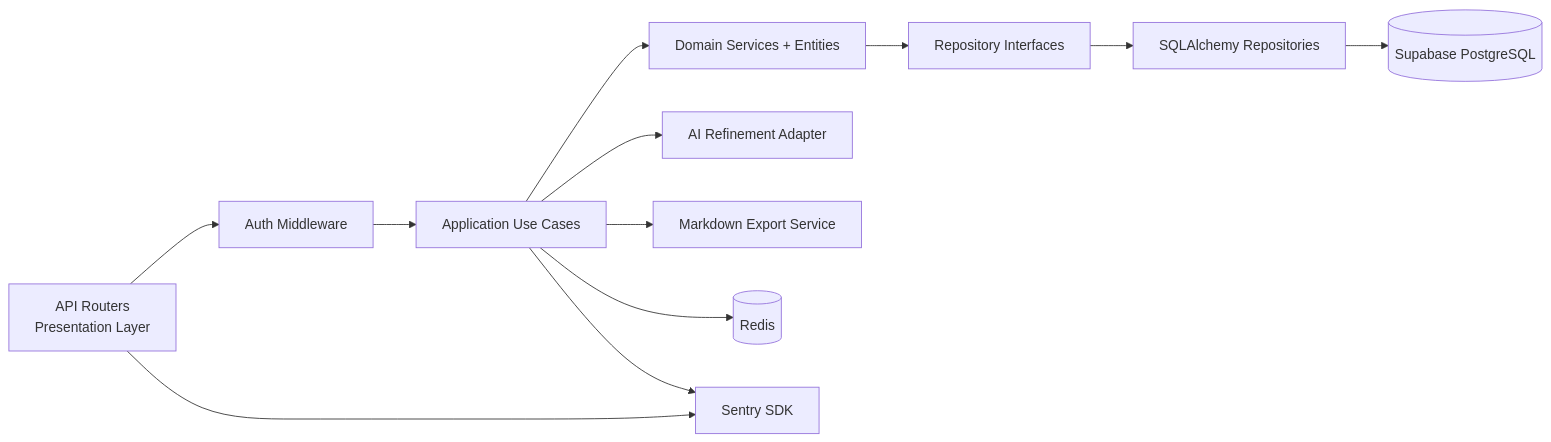
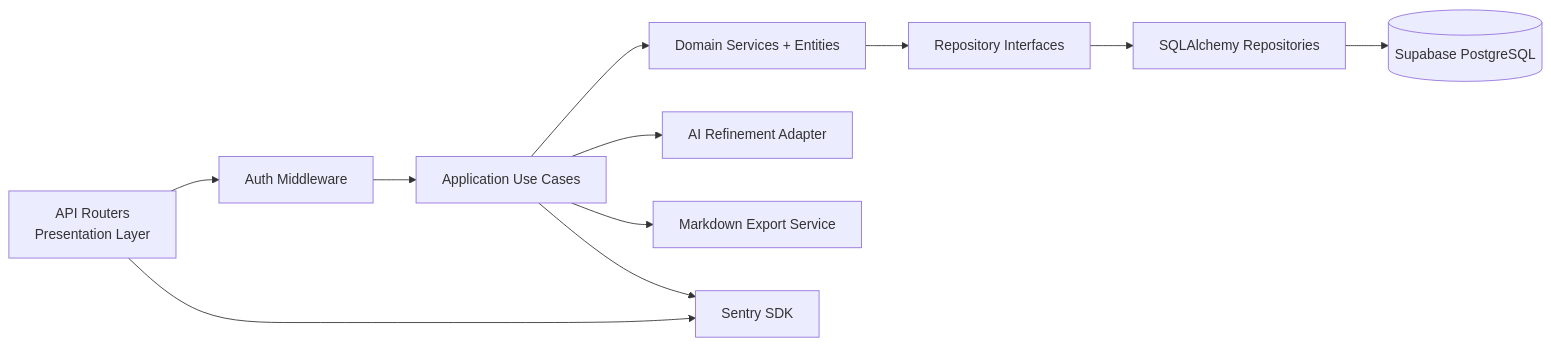
One commit to alonsovndev/open-projects-hub-docs changed the diagram in docs/projects/open-project-hub/03-architecture/diagrams/c4-component-backend.mmd. Above: the diagram before and after it, drawn with Mermaid. The commit also changed 16 other files, not shown here.

```diff
--- a/docs/projects/open-project-hub/03-architecture/diagrams/c4-component-backend.mmd
+++ b/docs/projects/open-project-hub/03-architecture/diagrams/c4-component-backend.mmd
@@ -1,22 +1,20 @@
 flowchart LR
     API[API Routers\nPresentation Layer]
     AuthMW[Auth Middleware]
     UseCases[Application Use Cases]
     Domain[Domain Services + Entities]
     RepoPorts[Repository Interfaces]
     InfraRepos[SQLAlchemy Repositories]
     AIAdapter[AI Refinement Adapter]
     Exporter[Markdown Export Service]
     DB[(Supabase PostgreSQL)]
-    Redis[(Redis)]
     Sentry[Sentry SDK]
 
     API --> AuthMW --> UseCases
     UseCases --> Domain
     Domain --> RepoPorts
     RepoPorts --> InfraRepos --> DB
     UseCases --> AIAdapter
     UseCases --> Exporter
-    UseCases --> Redis
     API --> Sentry
     UseCases --> Sentry
```
